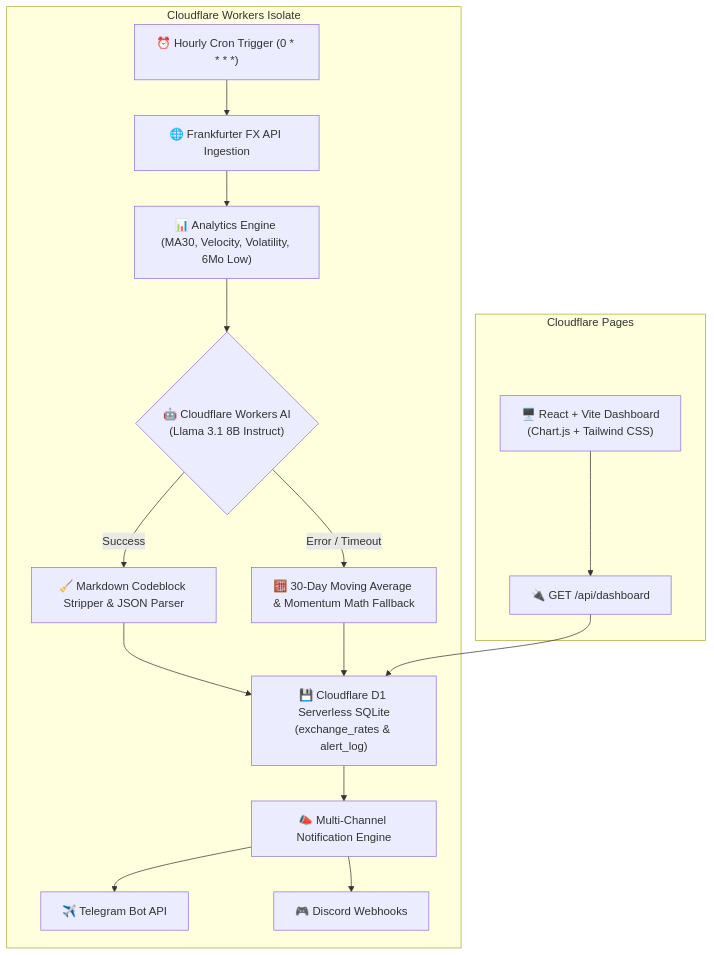
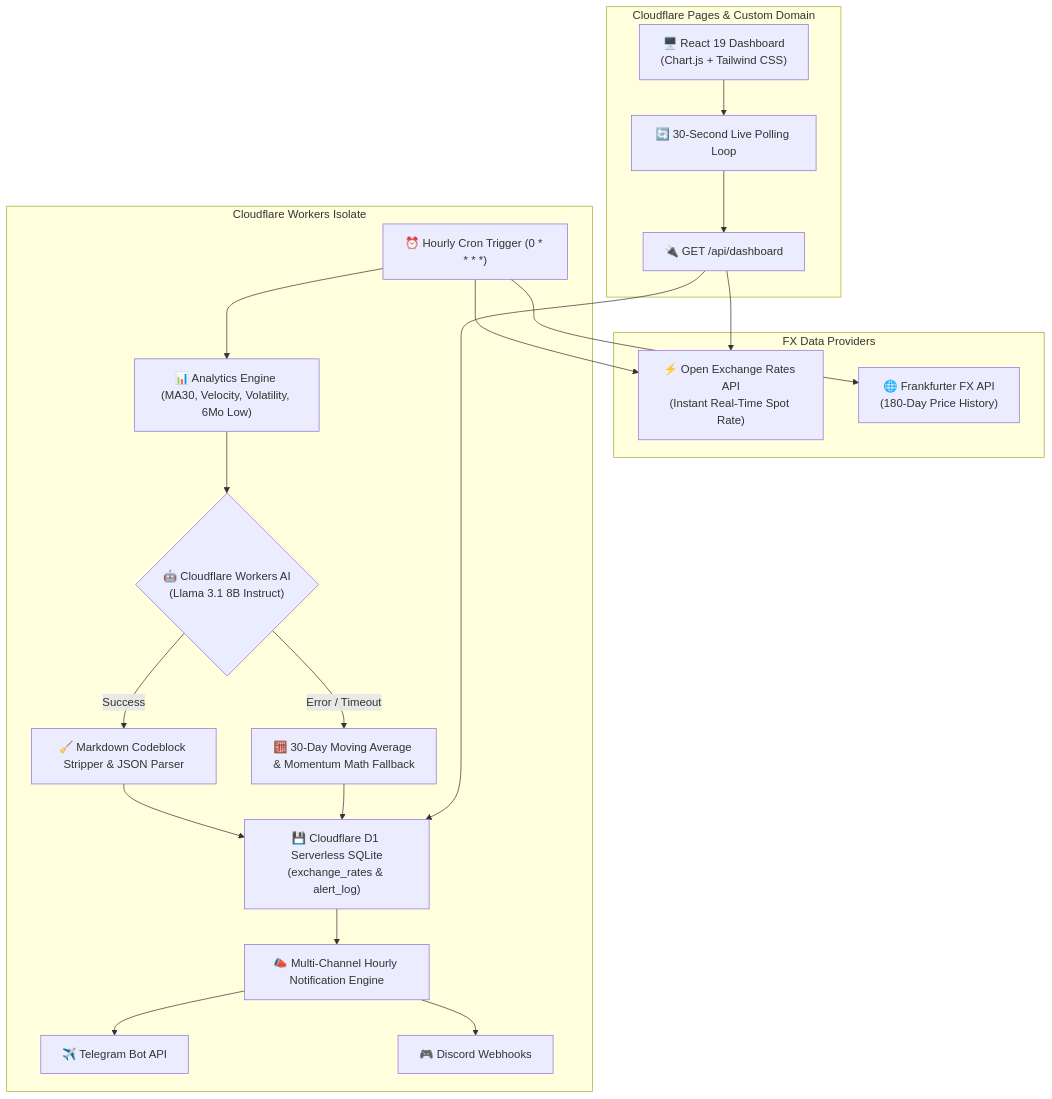
The diagram in README.md (SubharupBiswas/RupeeCheck-AI), drawn with Mermaid before and after one commit. The commit also changed other lines of this file and 14 other files, not shown here.

````diff
--- a/README.md
+++ b/README.md
@@ -24,23 +24,31 @@
 ```mermaid
 flowchart TD
+    subgraph Data Sources [FX Data Providers]
+        OpenER["⚡ Open Exchange Rates API\n(Instant Real-Time Spot Rate)"]
+        Frankfurter["🌐 Frankfurter FX API\n(180-Day Price History)"]
+    end
+
     subgraph Edge Cron & Backend [Cloudflare Workers Isolate]
-        Cron["⏰ Hourly Cron Trigger (0 * * * *)"] --> Fetcher["🌐 Frankfurter FX API Ingestion"]
-        Fetcher --> Analytics["📊 Analytics Engine (MA30, Velocity, Volatility, 6Mo Low)"]
+        Cron["⏰ Hourly Cron Trigger (0 * * * *)"] --> Frankfurter
+        Cron --> OpenER
+        Cron --> Analytics["📊 Analytics Engine (MA30, Velocity, Volatility, 6Mo Low)"]
         Analytics --> AI{"🤖 Cloudflare Workers AI\n(Llama 3.1 8B Instruct)"}
         
         AI -- Success --> Parser["🧹 Markdown Codeblock Stripper & JSON Parser"]
         AI -- Error / Timeout --> Fallback["🧮 30-Day Moving Average & Momentum Math Fallback"]
         
         Parser --> D1["💾 Cloudflare D1 Serverless SQLite\n(exchange_rates & alert_log)"]
         Fallback --> D1
         
-        D1 --> Dispatcher["📣 Multi-Channel Notification Engine"]
+        D1 --> Dispatcher["📣 Multi-Channel Hourly Notification Engine"]
         Dispatcher --> Telegram["✈️ Telegram Bot API"]
         Dispatcher --> Discord["🎮 Discord Webhooks"]
     end
 
-    subgraph Edge Client [Cloudflare Pages]
-        Dashboard["🖥️ React + Vite Dashboard\n(Chart.js + Tailwind CSS)"] --> API["🔌 GET /api/dashboard"]
+    subgraph Edge Client [Cloudflare Pages & Custom Domain]
+        Dashboard["🖥️ React 19 Dashboard\n(Chart.js + Tailwind CSS)"] --> Polling["🔄 30-Second Live Polling Loop"]
+        Polling --> API["🔌 GET /api/dashboard"]
+        API --> OpenER
         API --> D1
     end
 ```
````
